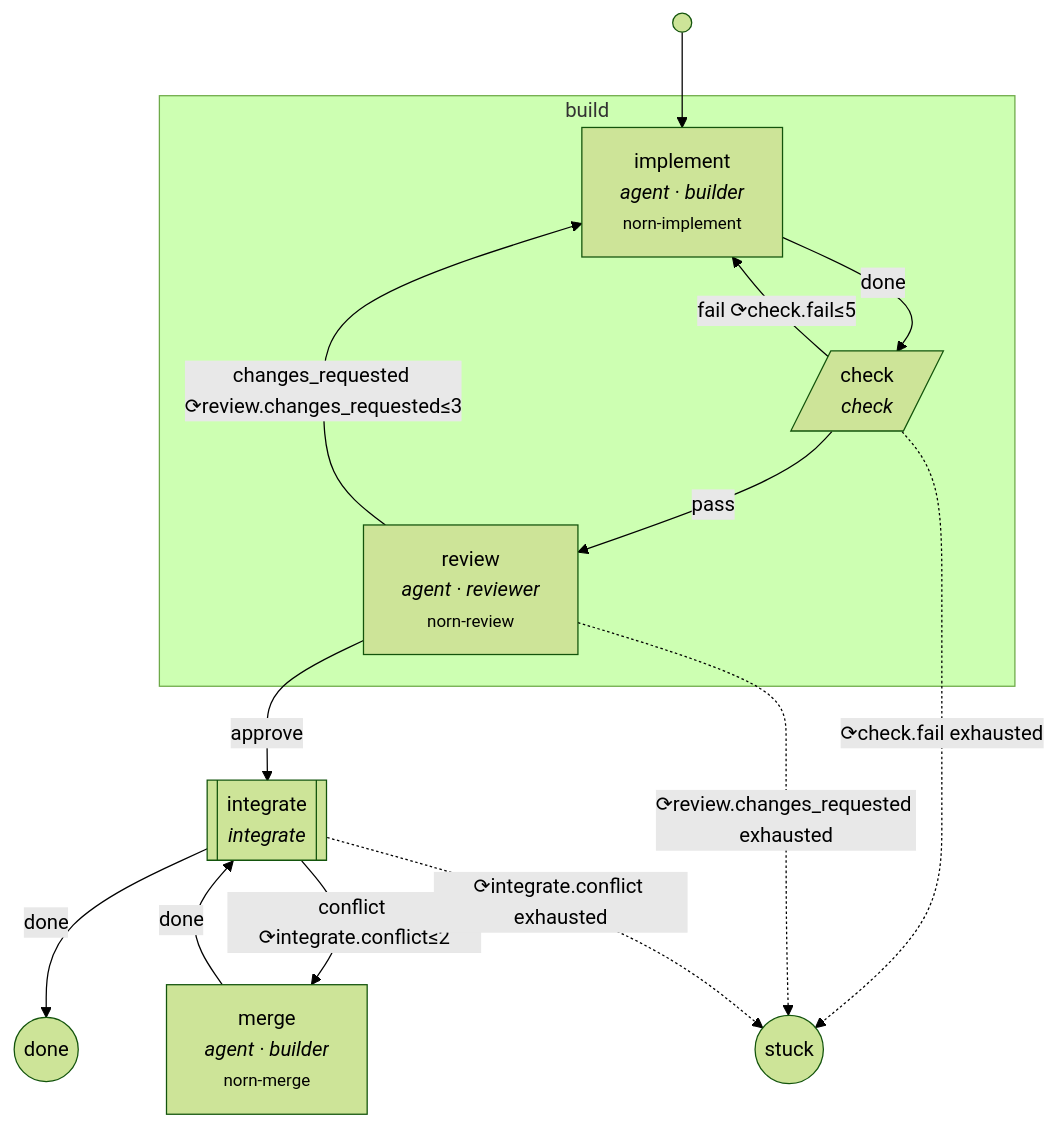
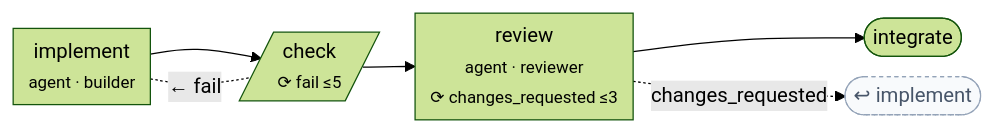
Before and after one commit to PruszynskiJakub/norn-next: diagram 19 of 27 in docs/workflows.md, drawn with Mermaid (forest theme). The commit also changed other lines of this file and 8 other files, not shown here.

First line of the commit message:
Workflow graphs read left to right along the main path, each shared part one node

````diff
--- a/docs/workflows.md
+++ b/docs/workflows.md
@@ -242,24 +429,18 @@
 ```mermaid
-flowchart TD
-  START(( )) --> s_implement
-  s_integrate[["integrate<br/><i>integrate</i>"]]
-  s_merge["merge<br/><i>agent · builder</i><br/><small>norn-merge</small>"]
-  subgraph u_build["build"]
-    s_implement["implement<br/><i>agent · builder</i><br/><small>norn-implement</small>"]
-    s_check[/"check<br/><i>check</i>"/]
-    s_review["review<br/><i>agent · reviewer</i><br/><small>norn-review</small>"]
-  end
-  s_implement -->|"done"| s_check
-  s_check -->|"pass"| s_review
-  s_check -->|"fail ⟳check.fail≤5"| s_implement
-  s_check -.->|"⟳check.fail exhausted"| STUCK
-  s_review -->|"approve"| s_integrate
-  s_review -->|"changes_requested ⟳review.changes_requested≤3"| s_implement
-  s_review -.->|"⟳review.changes_requested exhausted"| STUCK
-  s_integrate -->|"done"| DONE
-  s_integrate -->|"conflict ⟳integrate.conflict≤2"| s_merge
-  s_integrate -.->|"⟳integrate.conflict exhausted"| STUCK
-  s_merge -->|"done"| s_integrate
-  DONE((done))
-  STUCK((stuck))
+%%{init: {"flowchart": {"rankSpacing": 28, "nodeSpacing": 16, "padding": 6}}}%%
+flowchart LR
+  s_implement["implement<br/><small>agent · builder</small>"]
+  s_check[/"check<br/><small>⟳ fail ≤5</small>"/]
+  s_review["review<br/><small>agent · reviewer</small><br/><small>⟳ changes_requested ≤3</small>"]
+  s_integrate(["integrate"])
+  s_implement --> s_check
+  s_check --> s_review
+  s_implement -.-|"← fail"| s_check
+  s_review --> s_integrate
+  b_s_review_s_implement(["↩ implement"])
+  s_review -.->|"changes_requested"| b_s_review_s_implement
+  classDef gate fill:#fde68a,stroke:#b45309,color:#1c1917
+  classDef part fill:#e0e7ff,stroke:#4338ca,color:#1e1b4b
+  classDef back fill:#f8fafc,stroke:#94a3b8,stroke-dasharray:3 3,color:#475569
+  class b_s_review_s_implement back
 ```
````
